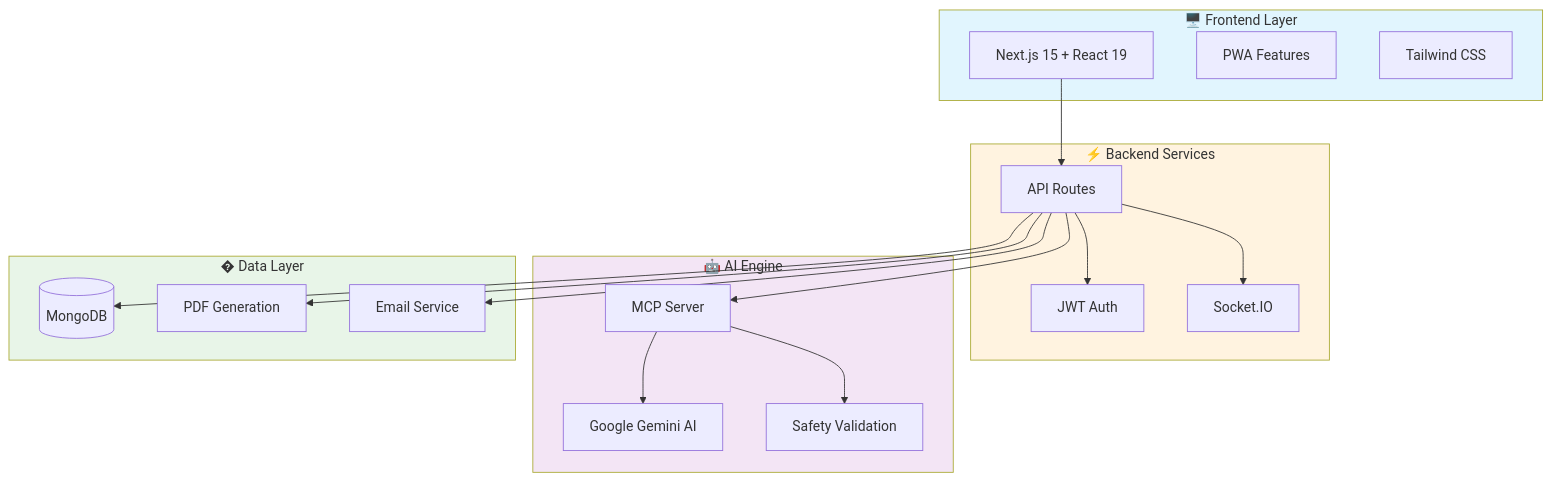
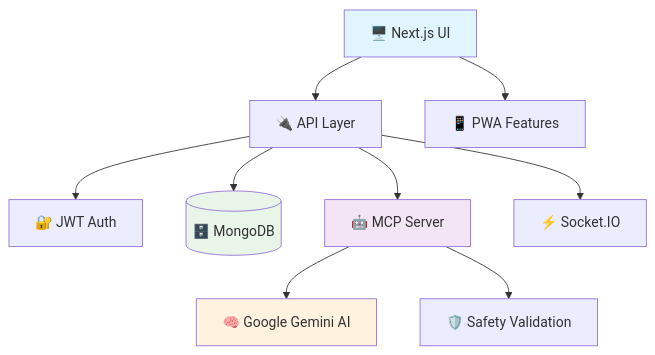
One commit to SwapysProject/doco changed the second of 3 diagrams in README.md. Above: the diagram before and after it, drawn with Mermaid. The commit also changed other lines of this file, not shown here.

````diff
--- a/README.md
+++ b/README.md
@@ -7,41 +128,16 @@
 ```mermaid
 graph TB
-    subgraph Frontend["🖥️ Frontend Layer"]
-        UI[Next.js 15 + React 19]
-        PWA[PWA Features]
-        Tailwind[Tailwind CSS]
-    end
-    
-    subgraph Backend["⚡ Backend Services"]
-        API[API Routes]
-        Auth[JWT Auth]
-        Socket[Socket.IO]
-    end
-    
-    subgraph AI["🤖 AI Engine"]
-        MCP[MCP Server]
-        Gemini[Google Gemini AI]
-        Safety[Safety Validation]
-    end
-    
-    subgraph Data["�️ Data Layer"]
-        MongoDB[(MongoDB)]
-        PDFs[PDF Generation]
-        Email[Email Service]
-    end
+    UI[🖥️ Next.js UI] --> API[🔌 API Layer]
+    API --> Auth[🔐 JWT Auth]
+    API --> MongoDB[(🗄️ MongoDB)]
+    API --> MCP[🤖 MCP Server]
+    MCP --> Gemini[🧠 Google Gemini AI]
+    MCP --> Safety[🛡️ Safety Validation]
+    API --> Realtime[⚡ Socket.IO]
+    UI --> PWA[📱 PWA Features]
 
-    UI --> API
-    API --> Auth
-    API --> Socket
-    API --> MCP
-    MCP --> Gemini
-    MCP --> Safety
-    API --> MongoDB
-    API --> PDFs
-    API --> Email
-
-    style Frontend fill:#e1f5fe
-    style AI fill:#f3e5f5
-    style Data fill:#e8f5e8
-    style Backend fill:#fff3e0
+    style UI fill:#e1f5fe
+    style MCP fill:#f3e5f5
+    style Gemini fill:#fff3e0
+    style MongoDB fill:#e8f5e8
 ```
````
